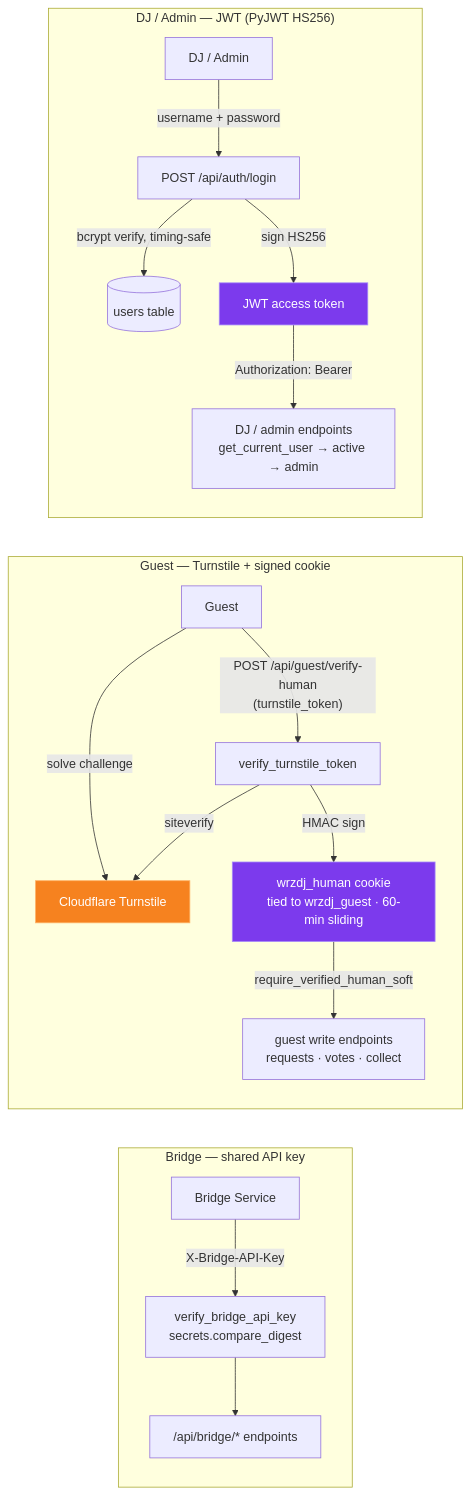
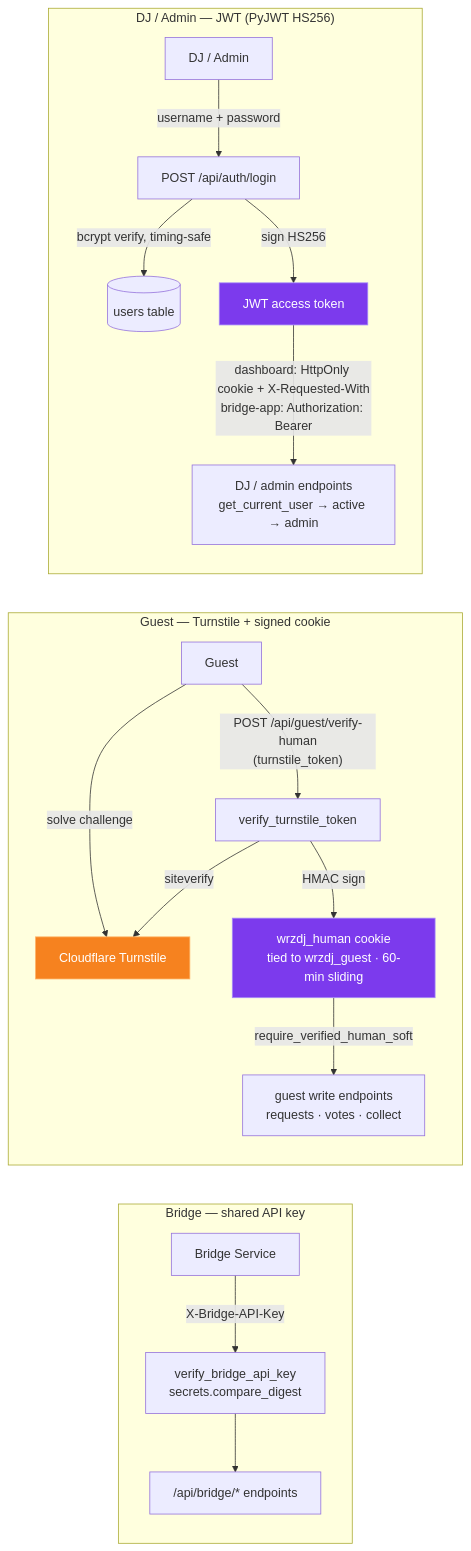
Before and after one commit to wrzonance/WrzDJ: the diagram in SECURITY.md, drawn with Mermaid. The commit also changed other lines of this file and 16 other files, not shown here.

First line of the commit message:
feat(auth): move the dashboard session into an HttpOnly cookie (#761)

````diff
--- a/SECURITY.md
+++ b/SECURITY.md
@@ -77,32 +77,32 @@
 ```mermaid
 graph TD
     subgraph djflow["DJ / Admin — JWT (PyJWT HS256)"]
         direction TB
         DJ[DJ / Admin] -->|username + password| Login["POST /api/auth/login"]
         Login -->|bcrypt verify, timing-safe| Users[(users table)]
         Login -->|sign HS256| JWT["JWT access token"]
-        JWT -->|Authorization: Bearer| DJEP["DJ / admin endpoints<br/>get_current_user → active → admin"]
+        JWT -->|"dashboard: HttpOnly cookie + X-Requested-With<br/>bridge-app: Authorization: Bearer"| DJEP["DJ / admin endpoints<br/>get_current_user → active → admin"]
     end
 
     subgraph guestflow["Guest — Turnstile + signed cookie"]
         direction TB
         Guest[Guest] -->|solve challenge| TS["Cloudflare Turnstile"]
         Guest -->|"POST /api/guest/verify-human<br/>(turnstile_token)"| Verify["verify_turnstile_token"]
         Verify -->|siteverify| TS
         Verify -->|HMAC sign| Cookie["wrzdj_human cookie<br/>tied to wrzdj_guest · 60-min sliding"]
         Cookie -->|require_verified_human_soft| GuestEP["guest write endpoints<br/>requests · votes · collect"]
     end
 
     subgraph bridgeflow["Bridge — shared API key"]
         direction TB
         BR[Bridge Service] -->|X-Bridge-API-Key| BAuth["verify_bridge_api_key<br/>secrets.compare_digest"]
         BAuth --> BridgeEP["/api/bridge/* endpoints"]
     end
 
     DJEP ~~~ Guest
     GuestEP ~~~ BR
 
     style JWT fill:#7c3aed,stroke:#a78bfa,color:#ffffff
     style Cookie fill:#7c3aed,stroke:#a78bfa,color:#ffffff
     style TS fill:#f6821f,stroke:#ffb366,color:#ffffff
 ```
````
